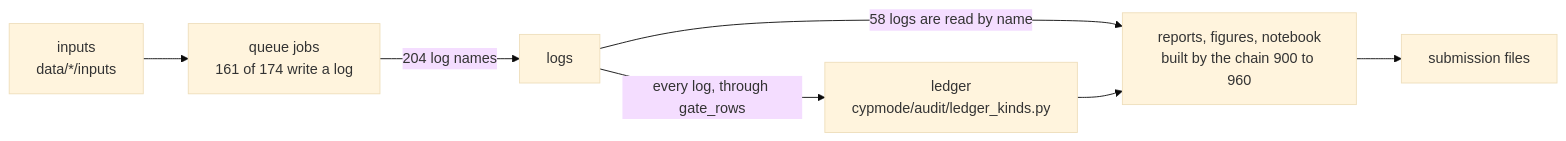
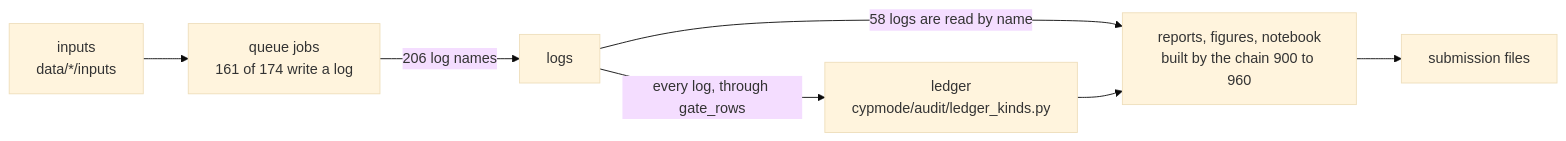
The diagram in docs/map/dataflow.md (mohamedtalaat-gif/CYPMode), drawn with Mermaid (base theme) before and after one commit. The commit also changed other lines of this file and 18 other files, not shown here.

````diff
--- a/docs/map/dataflow.md
+++ b/docs/map/dataflow.md
@@ -5,9 +5,9 @@
 ```mermaid
 flowchart LR
   inputs["inputs<br/>data/*/inputs"] --> jobs
-  jobs["queue jobs<br/>161 of 174 write a log"] -->|"204 log names"| logs["logs"]
+  jobs["queue jobs<br/>161 of 174 write a log"] -->|"206 log names"| logs["logs"]
   logs -->|"every log, through gate_rows"| ledger["ledger<br/>cypmode/audit/ledger_kinds.py"]
   logs -->|"58 logs are read by name"| reports
   ledger --> reports["reports, figures, notebook<br/>built by the chain 900 to 960"]
   reports --> submissions["submission files"]
 ```
````
